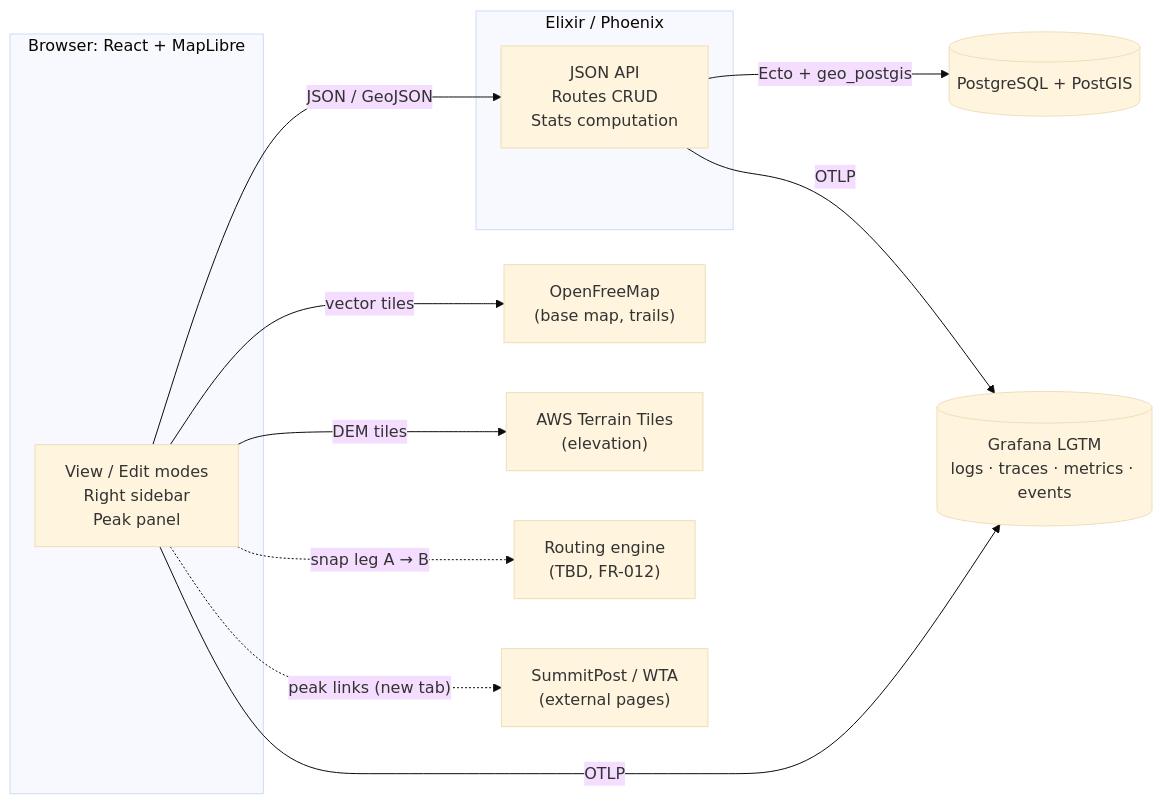
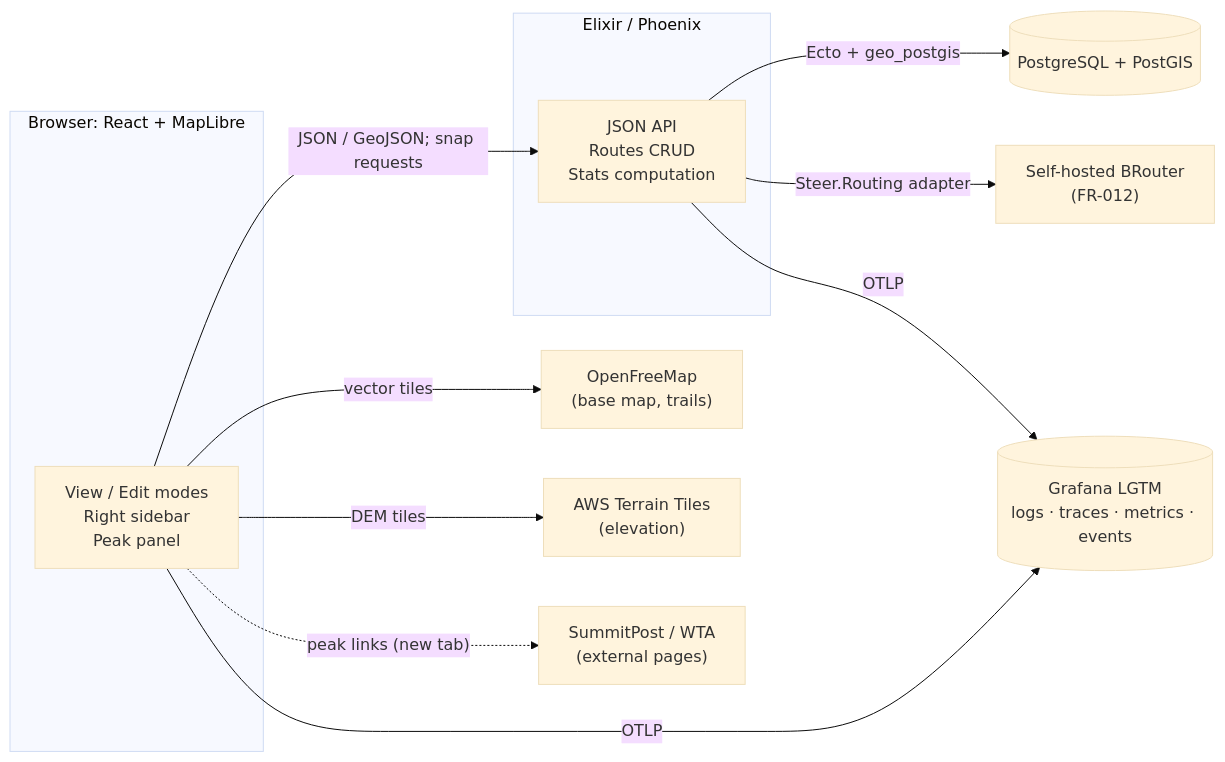
One commit to alecswift/steer changed the diagram in SPEC.md. Above: the diagram before and after it, drawn with Mermaid (base theme). The commit also changed other lines of this file and 1 other file, not shown here.

Commit message:
Clarify route visibility, specify Phoenix-mediated BRouter routing, and define peak panel latency targets in the spec and plan

````diff
--- a/SPEC.md
+++ b/SPEC.md
@@ -205,26 +205,26 @@
 ```mermaid
 flowchart LR
     subgraph Client["Browser: React + MapLibre"]
         UI["View / Edit modes<br/>Right sidebar<br/>Peak panel"]
     end
 
     subgraph Backend["Elixir / Phoenix"]
         API["JSON API<br/>Routes CRUD<br/>Stats computation"]
     end
 
     DB[("PostgreSQL + PostGIS")]
     Tiles["OpenFreeMap<br/>(base map, trails)"]
     DEM["AWS Terrain Tiles<br/>(elevation)"]
-    Router["Routing engine<br/>(TBD, FR-012)"]
+    Router["Self-hosted BRouter<br/>(FR-012)"]
     Sites["SummitPost / WTA<br/>(external pages)"]
     Telemetry[("Grafana LGTM<br/>logs · traces · metrics · events")]
 
-    UI -- "JSON / GeoJSON" --> API
+    UI -- "JSON / GeoJSON; snap requests" --> API
     API -- "Ecto + geo_postgis" --> DB
     UI -- "vector tiles" --> Tiles
     UI -- "DEM tiles" --> DEM
-    UI -. "snap leg A → B" .-> Router
+    API -- "Steer.Routing adapter" --> Router
     UI -. "peak links (new tab)" .-> Sites
     UI -- "OTLP" --> Telemetry
     API -- "OTLP" --> Telemetry
 ```
````
